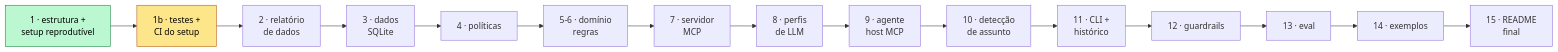
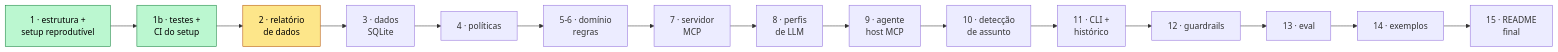
The eighth of 8 diagrams in README.md (RonildoSilva/ai-engineer-challenge), drawn with Mermaid before and after one commit. The commit also changed other lines of this file and 3 other files, not shown here.

First line of the commit message:
docs: relatório de exploração dos dados com testes de verificação

````diff
--- a/README.md
+++ b/README.md
@@ -282,7 +288,7 @@
 ```mermaid
 flowchart LR
-    C1[1 · estrutura +<br/>setup reprodutível]:::done --> C1b[1b · testes +<br/>CI do setup]:::wip --> C2[2 · relatório<br/>de dados] --> C3[3 · dados<br/>SQLite] --> C4[4 · políticas] --> C5[5-6 · domínio<br/>regras] --> C7[7 · servidor<br/>MCP]
+    C1[1 · estrutura +<br/>setup reprodutível]:::done --> C1b[1b · testes +<br/>CI do setup]:::done --> C2[2 · relatório<br/>de dados]:::wip --> C3[3 · dados<br/>SQLite] --> C4[4 · políticas] --> C5[5-6 · domínio<br/>regras] --> C7[7 · servidor<br/>MCP]
     C7 --> C8[8 · perfis<br/>de LLM] --> C9[9 · agente<br/>host MCP] --> C10[10 · detecção<br/>de assunto] --> C11[11 · CLI +<br/>histórico] --> C12[12 · guardrails] --> C13[13 · eval] --> C14[14 · exemplos] --> C15[15 · README<br/>final]
     classDef wip fill:#fde68a,stroke:#b45309,color:#000
     classDef done fill:#bbf7d0,stroke:#15803d,color:#000
 ```
````
